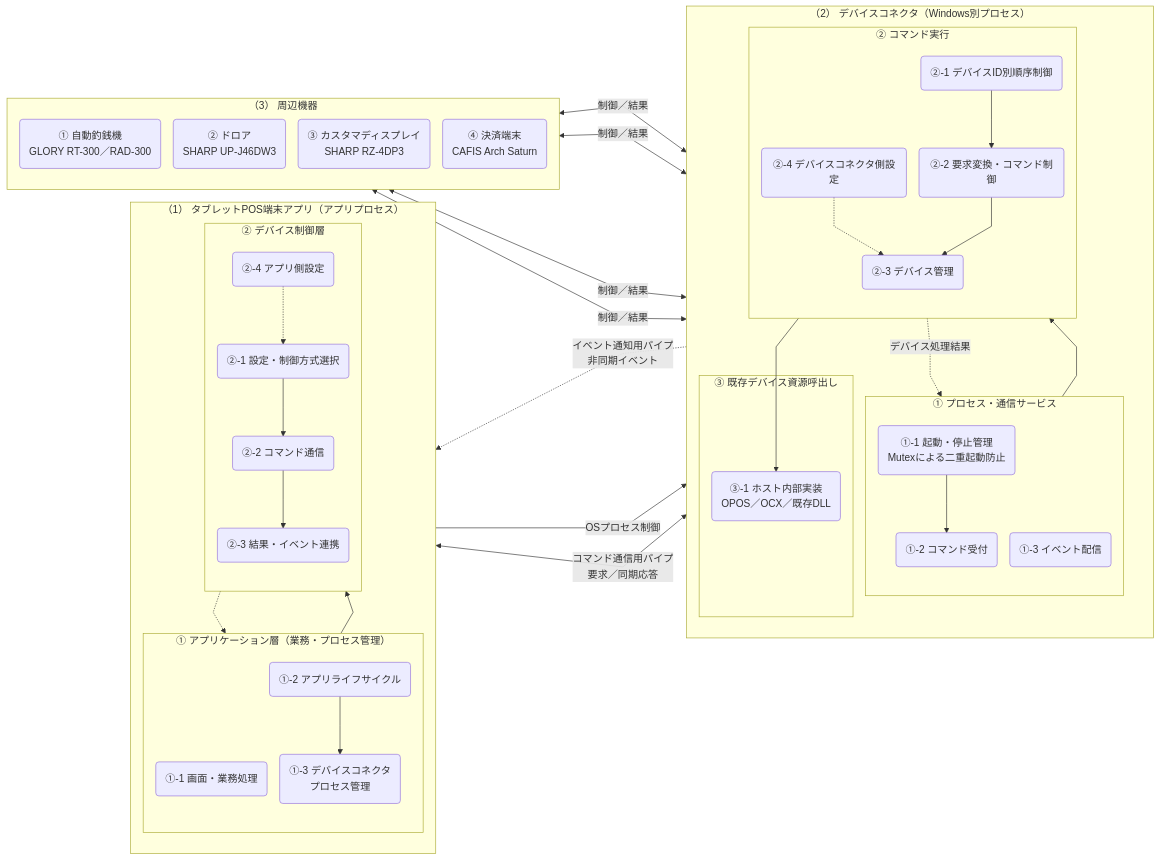
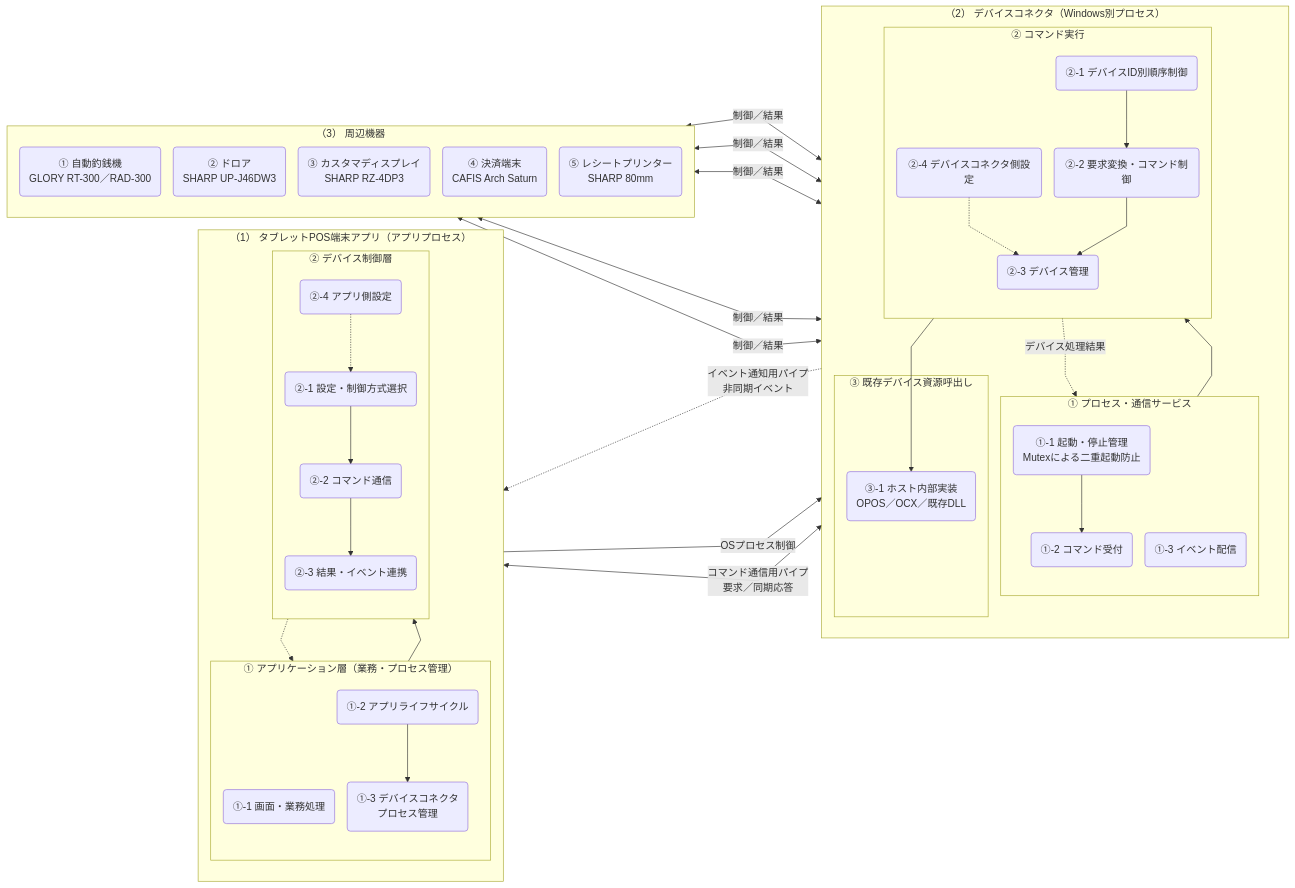
One commit to vti-sam/smj-ks-pos-stored changed the second of 3 diagrams in artifacts/reports/architecture/ARCH-HOST-01_タブレットPOS_デバイスコネクタ基本設計書/ARCH-HOST-01_タブレットPOS_デバイスコネクタ基本設計書.md. Above: the diagram before and after it, drawn with Mermaid. The commit also changed other lines of this file and 111 other files, not shown here.

````diff
--- a/artifacts/reports/architecture/ARCH-HOST-01_タブレットPOS_デバイスコネクタ基本設計書/ARCH-HOST-01_タブレットPOS_デバイスコネクタ基本設計書.md
+++ b/artifacts/reports/architecture/ARCH-HOST-01_タブレットPOS_デバイスコネクタ基本設計書/ARCH-HOST-01_タブレットPOS_デバイスコネクタ基本設計書.md
@@ -261,5 +280,6 @@
 ```mermaid
 %%{init: {"flowchart": {"defaultRenderer": "dagre", "curve": "linear", "nodeSpacing": 20, "rankSpacing": 42}}}%%
+%% diagram-profile=logical-architecture
 flowchart RL
     %% legend-bind container=責務グループ（責務領域内の内枠）
     %% legend-bind container.APP=（1）タブレットPOS端末アプリ
@@ -268,6 +288,7 @@
     %% legend-bind class.component=角丸ブロック
     %% legend-bind edge.default=━━▶ 主処理
     %% legend-bind edge.1=┈┈▶ 設定参照
+    %% legend-bind edge.5=┄┄▶ 非同期イベント
     %% legend-bind edge.7=┈┈▶ 設定参照
     %% legend-bind edge.12=┄┄▶ 非同期イベント
     %% legend-bind edge.13=━━▶ ライフサイクル
@@ -277,6 +298,7 @@
     %% legend-bind edge.17=◀━━▶ 実機制御
     %% legend-bind edge.18=◀━━▶ 実機制御
     %% legend-bind edge.19=◀━━▶ 実機制御
+    %% legend-bind edge.20=◀━━▶ 実機制御
     %% legend-bind label=コネクターラベル
     subgraph APP["（1） タブレットPOS端末アプリ（アプリプロセス）"]
         direction TB
@@ -332,6 +354,7 @@
         DRAWER("② ドロア<br/>SHARP UP-J46DW3")
         DISPLAY("③ カスタマディスプレイ<br/>SHARP RZ-4DP3")
         PAYMENT("④ 決済端末<br/>CAFIS Arch Saturn")
+        PRINTER("⑤ レシートプリンター<br/>SHARP 80mm")
     end
 
     PROCESS -->|OSプロセス制御| RUNTIME
@@ -341,6 +364,7 @@
     ADAPTER <-->|制御／結果| DRAWER
     ADAPTER <-->|制御／結果| DISPLAY
     ADAPTER <-->|制御／結果| PAYMENT
+    ADAPTER <-->|制御／結果| PRINTER
 
-    class BUSINESS,LIFECYCLE,PROCESS,APP_SETTING,SELECT,COMMAND,RESULT,RUNTIME,SERVER,EVENT,HOST_SETTING,ORDER,CONTROL,MANAGER,ADAPTER,CASH,DRAWER,DISPLAY,PAYMENT component
+    class BUSINESS,LIFECYCLE,PROCESS,APP_SETTING,SELECT,COMMAND,RESULT,RUNTIME,SERVER,EVENT,HOST_SETTING,ORDER,CONTROL,MANAGER,ADAPTER,CASH,DRAWER,DISPLAY,PAYMENT,PRINTER component
 ```
````
